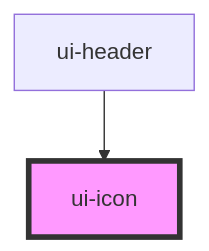
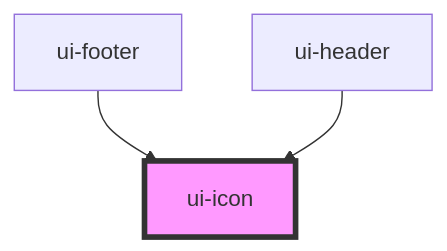
One commit to ElSimpatico/personal-site changed the diagram in packages/ui-kit/src/components/atoms/icon/readme.md. Above: the diagram before and after it, drawn with Mermaid. The commit also changed other lines of this file and 5 other files, not shown here.

````diff
--- a/packages/ui-kit/src/components/atoms/icon/readme.md
+++ b/packages/ui-kit/src/components/atoms/icon/readme.md
@@ -22,5 +23,6 @@
 ```mermaid
 graph TD;
+  ui-footer --> ui-icon
   ui-header --> ui-icon
   style ui-icon fill:#f9f,stroke:#333,stroke-width:4px
 ```
````
